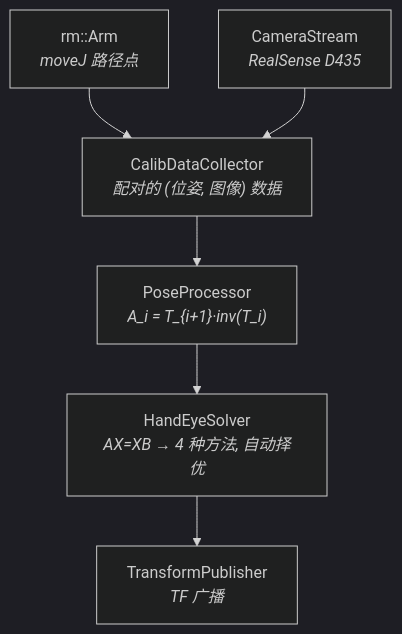
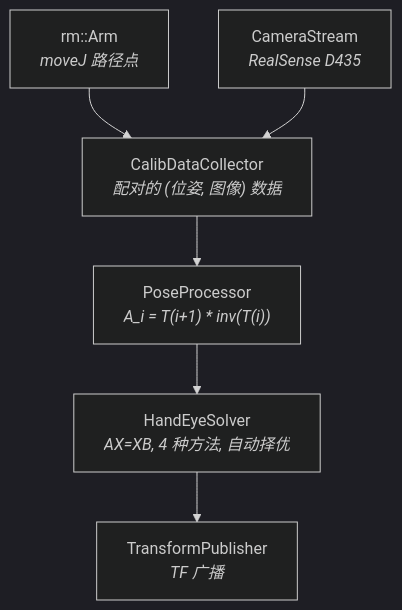
The fifth of 6 diagrams in docs/ARCHITECTURE_CN.md (sunyuming53-byte/the_first_box), drawn with Mermaid (dark theme) before and after one commit. The commit also changed 2 other files, not shown here.

Commit message:
fix(docs): escape parens in mermaid edge label, test all 12 blocks

````diff
--- a/docs/ARCHITECTURE_CN.md
+++ b/docs/ARCHITECTURE_CN.md
@@ -344,15 +344,15 @@
 ```mermaid
 graph TD
     arm["rm::Arm<br/><i>moveJ 路径点</i>"]
     cam["CameraStream<br/><i>RealSense D435</i>"]
     collect["CalibDataCollector<br/><i>配对的 (位姿, 图像) 数据</i>"]
-    pproc["PoseProcessor<br/><i>A_i = T_{i+1}·inv(T_i)</i>"]
-    solve["HandEyeSolver<br/><i>AX=XB → 4 种方法, 自动择优</i>"]
+    pproc["PoseProcessor<br/><i>A_i = T(i+1) * inv(T(i))</i>"]
+    solve["HandEyeSolver<br/><i>AX=XB, 4 种方法, 自动择优</i>"]
     xform["TransformPublisher<br/><i>TF 广播</i>"]
 
     arm --> collect
     cam --> collect
     collect --> pproc
     pproc --> solve
     solve --> xform
 ```
````
